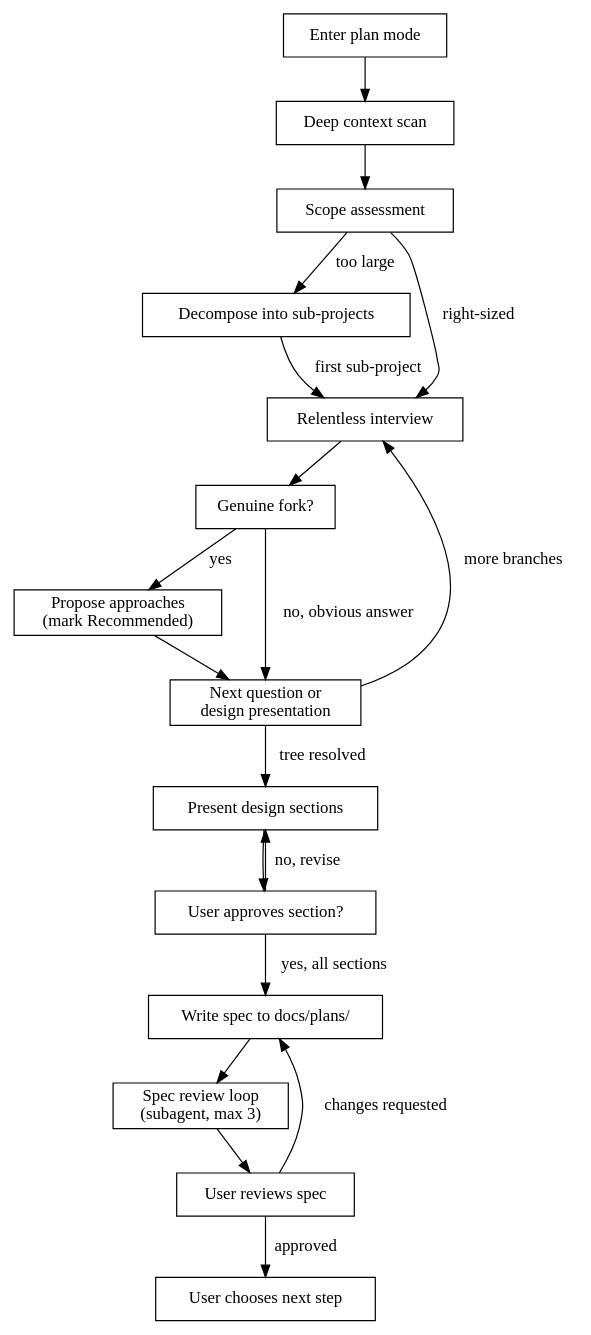
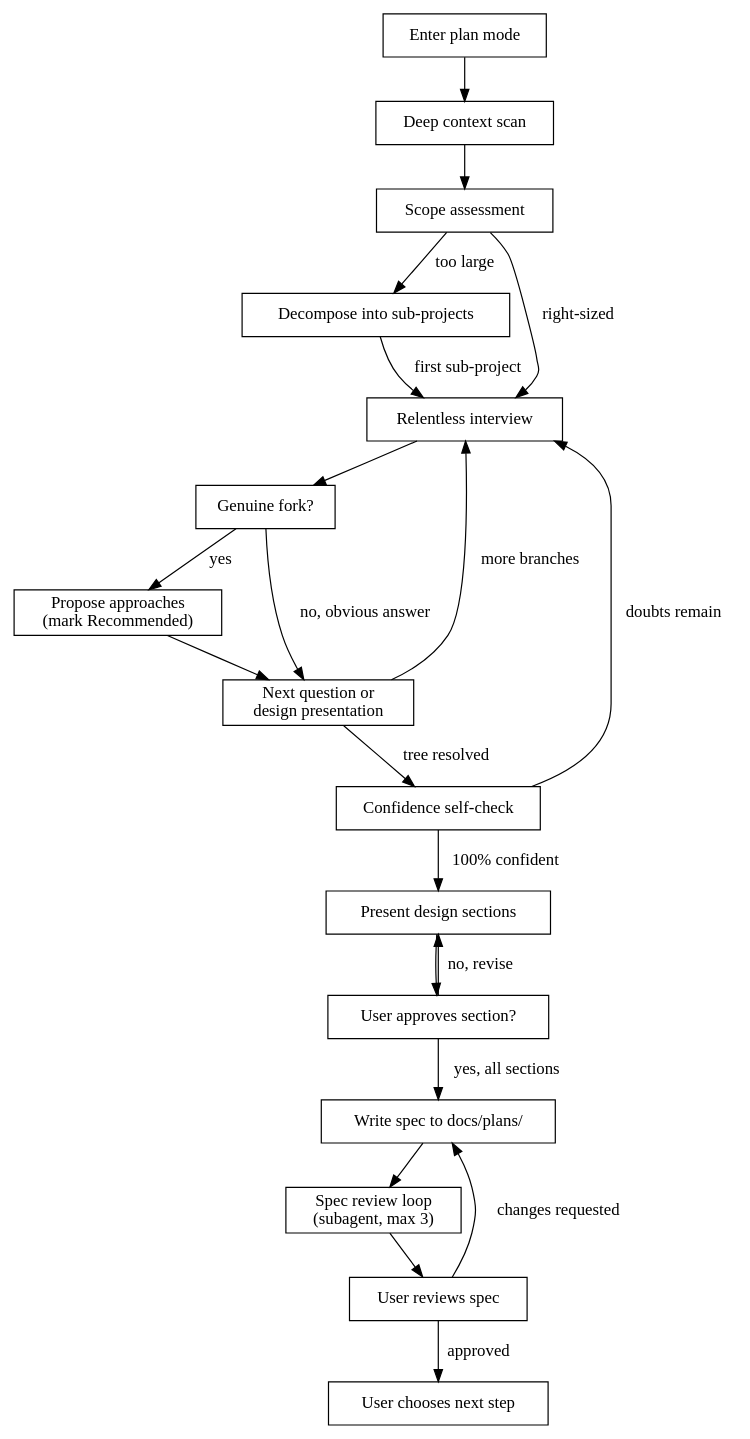
One commit to AbsolutelySkilled/AbsolutelySkilled changed the diagram in skills/super-brainstorm/SKILL.md. Above: the diagram before and after it, drawn with Graphviz. The commit also changed other lines of this file and 9 other files, not shown here.

````diff
--- a/skills/super-brainstorm/SKILL.md
+++ b/skills/super-brainstorm/SKILL.md
@@ -126,25 +131,27 @@
 ```dot
 digraph super_brainstorm {
     rankdir=TB;
     node [shape=box];
 
     "Enter plan mode" -> "Deep context scan";
     "Deep context scan" -> "Scope assessment";
     "Scope assessment" -> "Decompose into sub-projects" [label="too large"];
     "Scope assessment" -> "Relentless interview" [label="right-sized"];
     "Decompose into sub-projects" -> "Relentless interview" [label="first sub-project"];
     "Relentless interview" -> "Genuine fork?" [shape=diamond];
     "Genuine fork?" -> "Propose approaches\n(mark Recommended)" [label="yes"];
     "Genuine fork?" -> "Next question or\ndesign presentation" [label="no, obvious answer"];
     "Propose approaches\n(mark Recommended)" -> "Next question or\ndesign presentation";
     "Next question or\ndesign presentation" -> "Relentless interview" [label="more branches"];
-    "Next question or\ndesign presentation" -> "Present design sections" [label="tree resolved"];
+    "Next question or\ndesign presentation" -> "Confidence self-check" [label="tree resolved"];
+    "Confidence self-check" -> "Relentless interview" [label="doubts remain"];
+    "Confidence self-check" -> "Present design sections" [label="100% confident"];
     "Present design sections" -> "User approves section?" [shape=diamond];
     "User approves section?" -> "Present design sections" [label="no, revise"];
     "User approves section?" -> "Write spec to docs/plans/" [label="yes, all sections"];
     "Write spec to docs/plans/" -> "Spec review loop\n(subagent, max 3)";
     "Spec review loop\n(subagent, max 3)" -> "User reviews spec";
     "User reviews spec" -> "Write spec to docs/plans/" [label="changes requested"];
     "User reviews spec" -> "User chooses next step" [label="approved"];
 }
 ```
````
